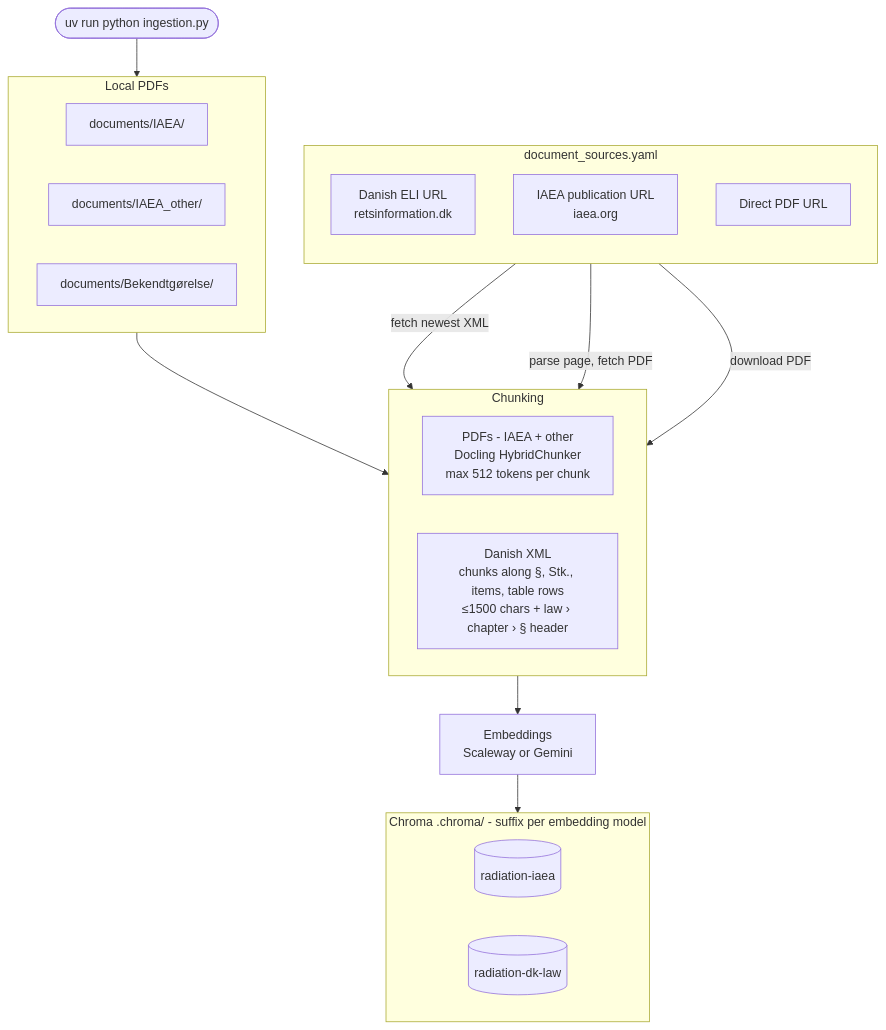
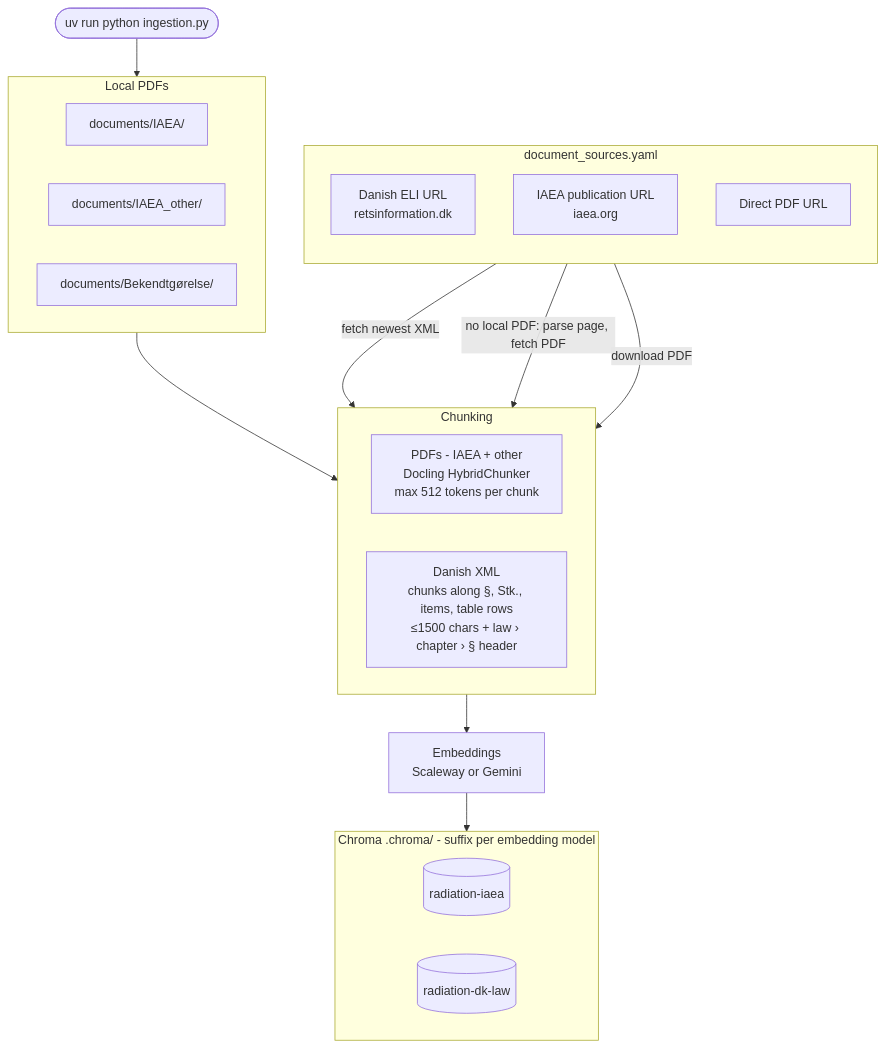
Before and after one commit to eikrad/Radiationsafety: the third of 6 diagrams in docs/architecture.md, drawn with Mermaid. The commit also changed other lines of this file and 1 other file, not shown here.

Commit message:
docs(ingestion): IAEA sources with a local PDF are not fetched

````diff
--- a/docs/architecture.md
+++ b/docs/architecture.md
@@ -153,37 +153,37 @@
 ```mermaid
 flowchart TD
     START([uv run python ingestion.py]) --> LOCAL
 
     subgraph LOCAL [Local PDFs]
         direction LR
         IAEA[documents/IAEA/]
         OTHER[documents/IAEA_other/]
         DK[documents/Bekendtgørelse/]
     end
 
     subgraph REGISTRY [document_sources.yaml]
         direction TB
         DKURL[Danish ELI URL\nretsinformation.dk]
         IAEAURL[IAEA publication URL\niaea.org]
         DIRECT[Direct PDF URL]
     end
 
     LOCAL --> CHUNK
     DKURL -->|fetch newest XML| CHUNK
-    IAEAURL -->|parse page, fetch PDF| CHUNK
+    IAEAURL -->|no local PDF: parse page, fetch PDF| CHUNK
     DIRECT -->|download PDF| CHUNK
 
     subgraph CHUNK [Chunking]
         direction LR
         C1[PDFs - IAEA + other\nDocling HybridChunker\nmax 512 tokens per chunk]
         C2[Danish XML\nchunks along §, Stk., items, table rows\n≤1500 chars + law › chapter › § header]
     end
 
     CHUNK --> EMBED[Embeddings\nScaleway or Gemini]
     EMBED --> CHROMA
 
     subgraph CHROMA [Chroma .chroma/ - suffix per embedding model]
         COL1[(radiation-iaea)]
         COL2[(radiation-dk-law)]
     end
 ```
````
